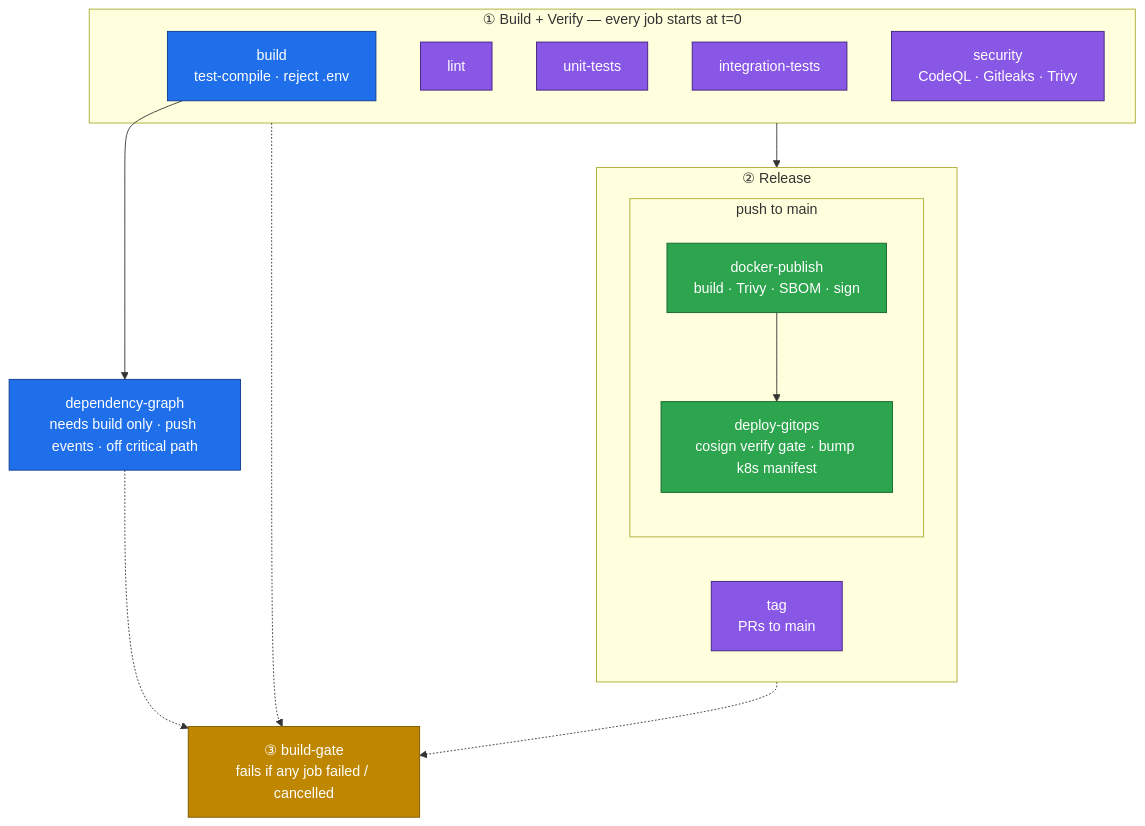
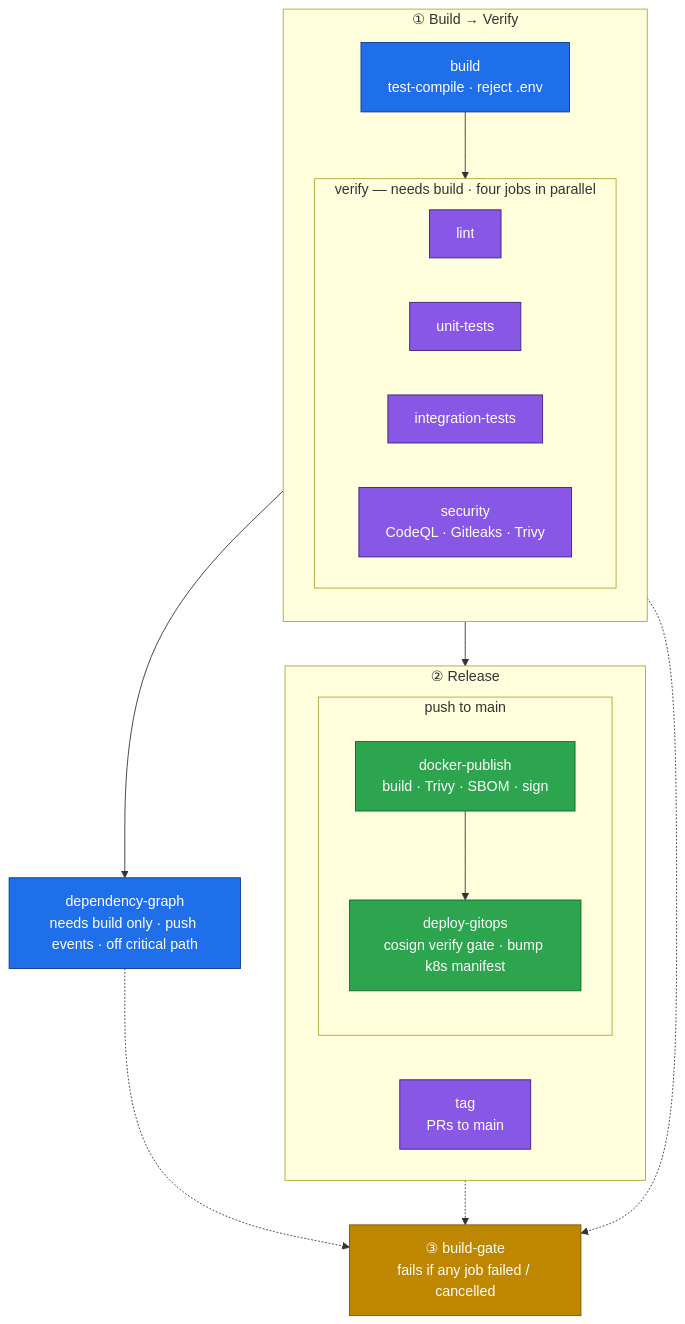
The diagram in README.md (Bigorno12/ci-cd-templates), drawn with Mermaid before and after one commit. The commit also changed other lines of this file and 2 other files, not shown here.

Commit message:
feature: update the diagram

````diff
--- a/README.md
+++ b/README.md
@@ -153,41 +153,46 @@
 ```mermaid
 flowchart TD
-    subgraph s1["① Build + Verify — every job starts at t=0"]
+    subgraph s1["① Build → Verify"]
+        direction TB
         B["build<br/>test-compile · reject .env"]
-        L["lint"]
-        U["unit-tests"]
-        I["integration-tests"]
-        SEC["security<br/>CodeQL · Gitleaks · Trivy"]
+        subgraph s1b["verify — needs build · four jobs in parallel"]
+            direction LR
+            L["lint"]
+            U["unit-tests"]
+            I["integration-tests"]
+            SEC["security<br/>CodeQL · Gitleaks · Trivy"]
+        end
+        B --> s1b
     end
 
     DG["dependency-graph<br/>needs build only · push events · off critical path"]
 
     subgraph s2["② Release"]
         direction LR
         T["tag<br/>PRs to main"]
         subgraph s2b["push to main"]
             direction TB
             D["docker-publish<br/>build · Trivy · SBOM · sign"]
             G["deploy-gitops<br/>cosign verify gate · bump k8s manifest"]
             D --> G
         end
     end
 
     GATE["③ build-gate<br/>fails if any job failed / cancelled"]
 
     B --> DG
     s1 --> s2
     s1 -.-> GATE
     DG -.-> GATE
     s2 -.-> GATE
 
     classDef build  fill:#1f6feb,stroke:#0b3a8f,color:#fff;
     classDef verify fill:#8957e5,stroke:#3d1f7a,color:#fff;
     classDef supply fill:#2da44e,stroke:#116329,color:#fff;
     classDef gate   fill:#bf8700,stroke:#7a5600,color:#fff;
 
     class B,DG build;
     class L,U,I,SEC,T verify;
     class D,G supply;
     class GATE gate;
 ```
````
